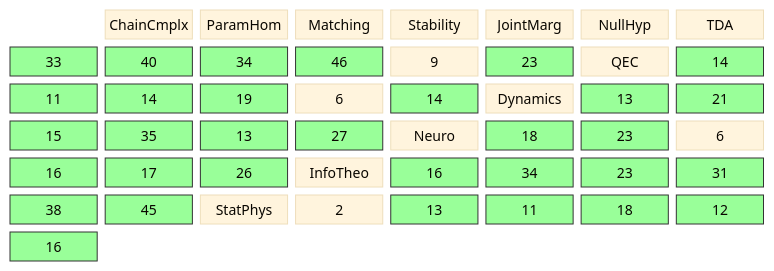
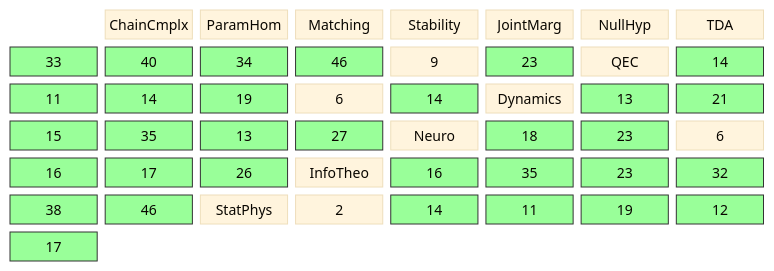
The diagram in diagrams/coverage-matrix.md (musicofhel/topoyolo), drawn with Mermaid before and after one commit. The commit also changed other lines of this file and 10 other files, not shown here.

````diff
--- a/diagrams/coverage-matrix.md
+++ b/diagrams/coverage-matrix.md
@@ -22,46 +22,46 @@
 ```mermaid
 %%{init: {'theme': 'base', 'themeVariables': {'fontSize': '14px'}}}%%
 block-beta
   columns 8
 
   space:1 CC["ChainCmplx"] PH["ParamHom"] MA["Matching"] ST["Stability"] JM["JointMarg"] NH["NullHyp"]
 
   TDA["TDA"] TDA_CC["33"] TDA_PH["40"] TDA_MA["34"] TDA_ST["46"] TDA_JM["9"] TDA_NH["23"]
   QEC["QEC"] QEC_CC["14"] QEC_PH["11"] QEC_MA["14"] QEC_ST["19"] QEC_JM["6"] QEC_NH["14"]
   DYN["Dynamics"] DYN_CC["13"] DYN_PH["21"] DYN_MA["15"] DYN_ST["35"] DYN_JM["13"] DYN_NH["27"]
   NEU["Neuro"] NEU_CC["18"] NEU_PH["23"] NEU_MA["6"] NEU_ST["16"] NEU_JM["17"] NEU_NH["26"]
-  IT["InfoTheo"] IT_CC["16"] IT_PH["34"] IT_MA["23"] IT_ST["31"] IT_JM["38"] IT_NH["45"]
-  SP["StatPhys"] SP_CC["2"] SP_PH["13"] SP_MA["11"] SP_ST["18"] SP_JM["12"] SP_NH["16"]
+  IT["InfoTheo"] IT_CC["16"] IT_PH["35"] IT_MA["23"] IT_ST["32"] IT_JM["38"] IT_NH["46"]
+  SP["StatPhys"] SP_CC["2"] SP_PH["14"] SP_MA["11"] SP_ST["19"] SP_JM["12"] SP_NH["17"]
   style TDA_CC fill:#9f9,stroke:#333
   style TDA_PH fill:#9f9,stroke:#333
   style TDA_MA fill:#9f9,stroke:#333
   style TDA_ST fill:#9f9,stroke:#333
   style TDA_NH fill:#9f9,stroke:#333
   style QEC_CC fill:#9f9,stroke:#333
   style QEC_PH fill:#9f9,stroke:#333
   style QEC_MA fill:#9f9,stroke:#333
   style QEC_ST fill:#9f9,stroke:#333
   style QEC_NH fill:#9f9,stroke:#333
   style DYN_CC fill:#9f9,stroke:#333
   style DYN_PH fill:#9f9,stroke:#333
   style DYN_MA fill:#9f9,stroke:#333
   style DYN_ST fill:#9f9,stroke:#333
   style DYN_JM fill:#9f9,stroke:#333
   style DYN_NH fill:#9f9,stroke:#333
   style NEU_CC fill:#9f9,stroke:#333
   style NEU_PH fill:#9f9,stroke:#333
   style NEU_ST fill:#9f9,stroke:#333
   style NEU_JM fill:#9f9,stroke:#333
   style NEU_NH fill:#9f9,stroke:#333
   style IT_CC fill:#9f9,stroke:#333
   style IT_PH fill:#9f9,stroke:#333
   style IT_MA fill:#9f9,stroke:#333
   style IT_ST fill:#9f9,stroke:#333
   style IT_JM fill:#9f9,stroke:#333
   style IT_NH fill:#9f9,stroke:#333
   style SP_PH fill:#9f9,stroke:#333
   style SP_MA fill:#9f9,stroke:#333
   style SP_ST fill:#9f9,stroke:#333
   style SP_JM fill:#9f9,stroke:#333
   style SP_NH fill:#9f9,stroke:#333
 ```
````
